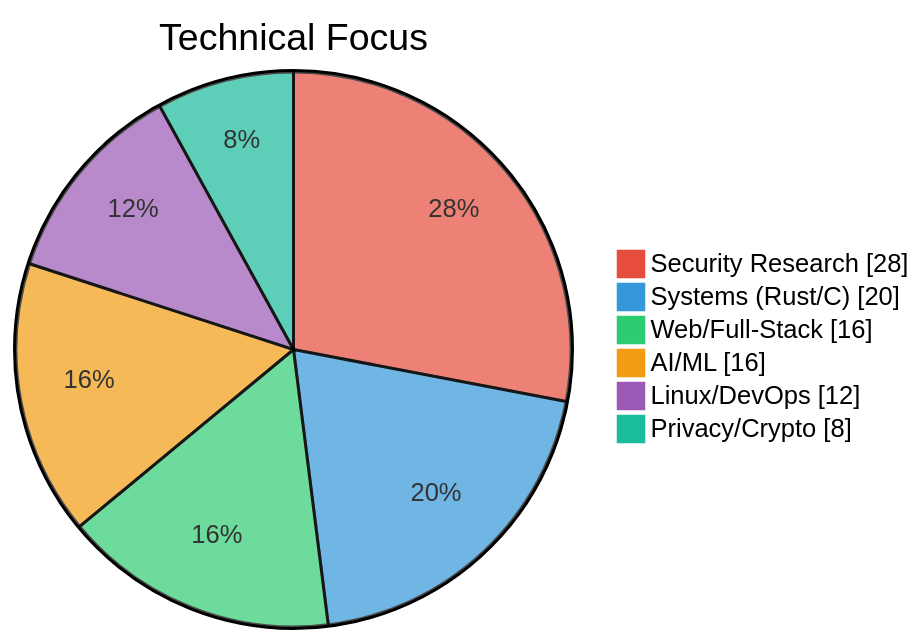
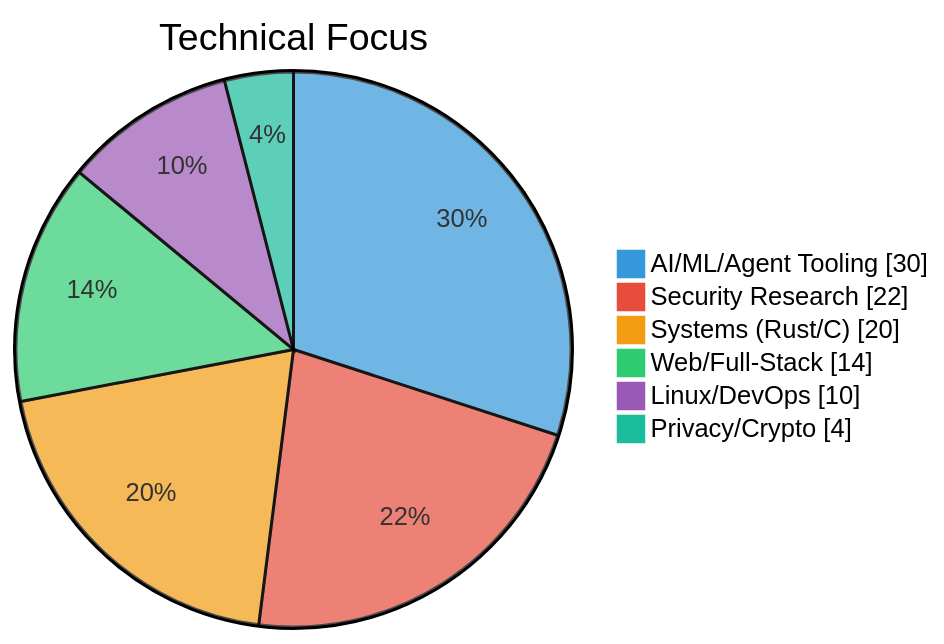
Before and after one commit to johnzfitch/johnzfitch: the diagram in .github/assets/charts/skills-light.mmd, drawn with Mermaid. The commit also changed 3 other files, not shown here.

First line of the commit message:
Reorganize README and update technical focus chart

```diff
--- a/.github/assets/charts/skills-light.mmd
+++ b/.github/assets/charts/skills-light.mmd
@@ -1,9 +1,9 @@
-%%{init: {'theme':'default', 'themeVariables': {'pie1': '#e74c3c', 'pie2': '#3498db', 'pie3': '#2ecc71', 'pie4': '#f39c12', 'pie5': '#9b59b6', 'pie6': '#1abc9c', 'pie7': '#e91e63'}}}%%
+%%{init: {'theme':'default', 'themeVariables': {'pie1': '#3498db', 'pie2': '#e74c3c', 'pie3': '#f39c12', 'pie4': '#2ecc71', 'pie5': '#9b59b6', 'pie6': '#1abc9c', 'pie7': '#e91e63'}}}%%
 pie showData
     title Technical Focus
-    "Security Research" : 28
+    "AI/ML/Agent Tooling" : 30
+    "Security Research" : 22
     "Systems (Rust/C)" : 20
-    "Web/Full-Stack" : 16
-    "AI/ML" : 16
-    "Linux/DevOps" : 12
-    "Privacy/Crypto" : 8
+    "Web/Full-Stack" : 14
+    "Linux/DevOps" : 10
+    "Privacy/Crypto" : 4
```
